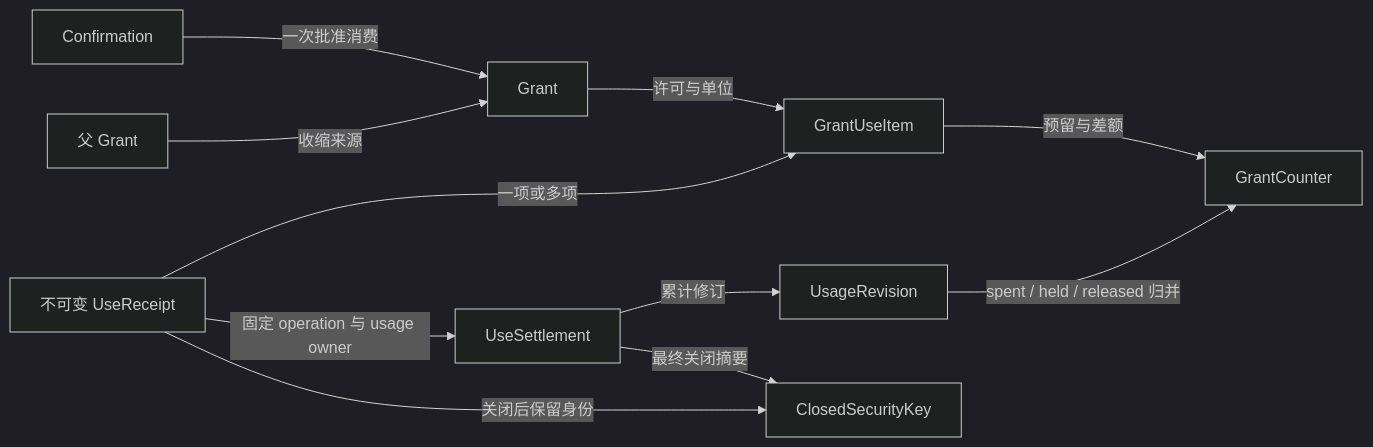
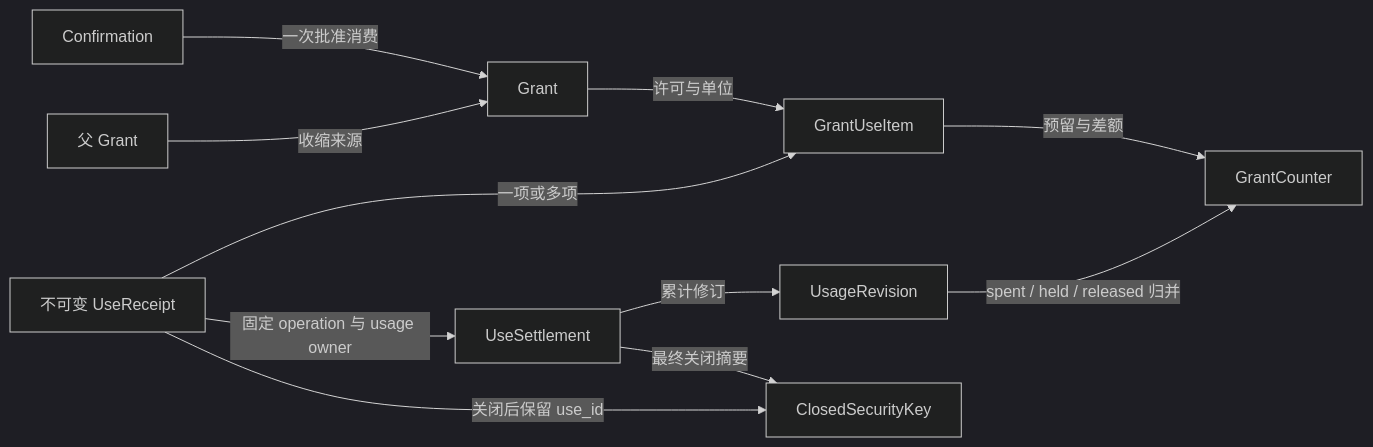
Before and after one commit to ruipengliu/lerna: the second of 4 diagrams in docs/architecture/security/implementation.md, drawn with Mermaid (dark theme). The commit also changed other lines of this file and 205 other files, not shown here.

Commit message:
docs: unify architecture terminology

````diff
--- a/docs/architecture/security/implementation.md
+++ b/docs/architecture/security/implementation.md
@@ -168,13 +168,13 @@
 ```mermaid
 flowchart LR
     C[Confirmation] -->|一次批准消费| G[Grant]
     P[父 Grant] -->|收缩来源| G
     G -->|许可与单位| I[GrantUseItem]
     U[不可变 UseReceipt] -->|一项或多项| I
     U -->|固定 operation 与 usage owner| S[UseSettlement]
     S -->|累计修订| R[UsageRevision]
     I -->|预留与差额| B[GrantCounter]
     R -->|spent / held / released 归并| B
-    U -->|关闭后保留身份| K[ClosedSecurityKey]
+    U -->|关闭后保留 use_id| K[ClosedSecurityKey]
     S -->|最终关闭摘要| K
 ```
````
